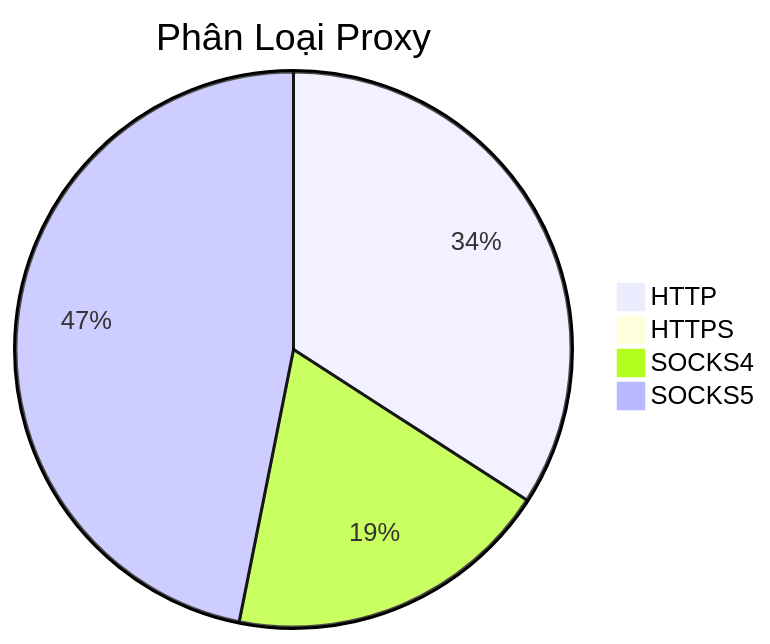
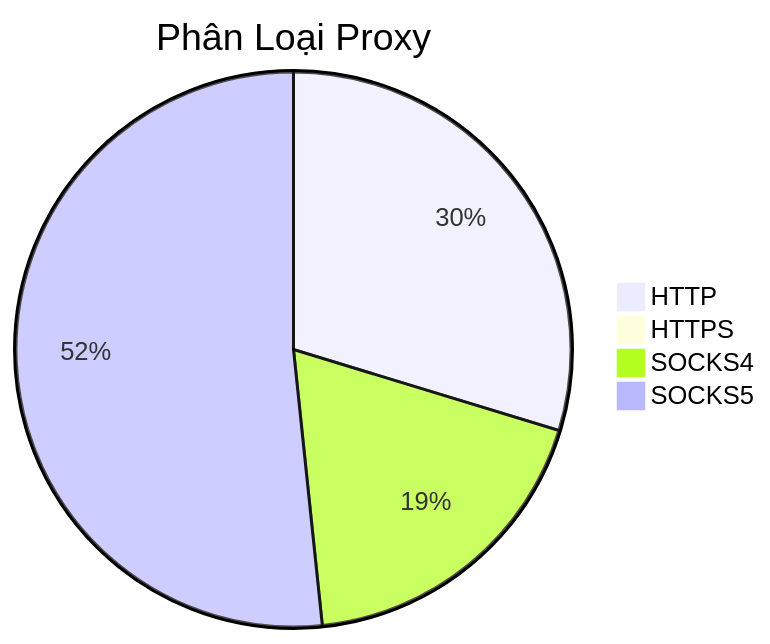
One commit to Ciara-12/PROXY-free changed the diagram in README.md. Above: the diagram before and after it, drawn with Mermaid. The commit also changed other lines of this file and 4 other files, not shown here.

````diff
--- a/README.md
+++ b/README.md
@@ -26,7 +26,7 @@
 ```mermaid
 pie title Phân Loại Proxy
-    "HTTP" : 664
-    "HTTPS" : 2
-    "SOCKS4" : 370
-    "SOCKS5" : 912
+    "HTTP" : 654
+    "HTTPS" : 4
+    "SOCKS4" : 410
+    "SOCKS5" : 1137
 ```
````
